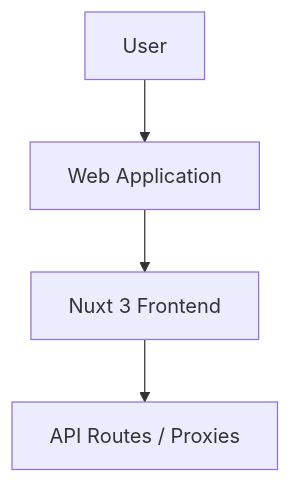
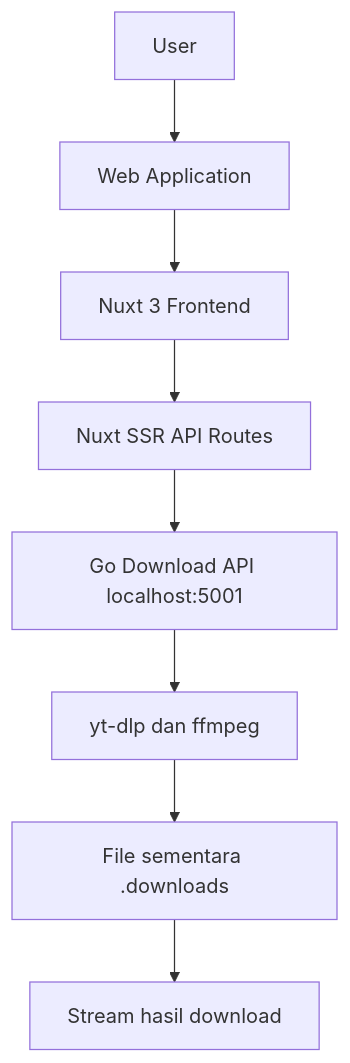
Before and after one commit to FikFikk/figo: the diagram in documentation.md, drawn with Mermaid. The commit also changed other lines of this file and 8 other files, not shown here.

````diff
--- a/documentation.md
+++ b/documentation.md
@@ -3,6 +3,10 @@
 ```mermaid
 graph TD
     A[User] --> B[Web Application]
     B --> C[Nuxt 3 Frontend]
-    C --> D[API Routes / Proxies]
+    C --> D[Nuxt SSR API Routes]
+    D --> E[Go Download API localhost:5001]
+    E --> F[yt-dlp dan ffmpeg]
+    F --> G[File sementara .downloads]
+    G --> H[Stream hasil download]
 ```
````
